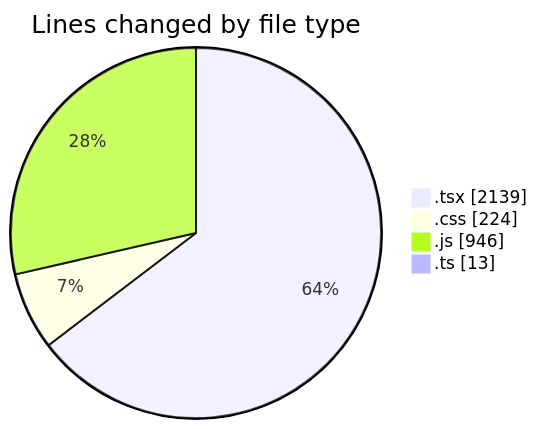
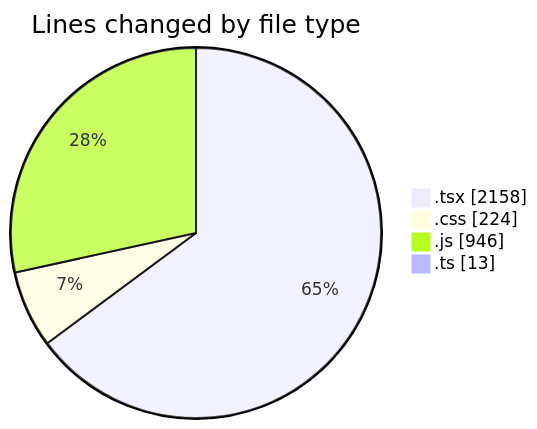
Before and after one commit to Elitesun/code-tracking: the first of 2 diagrams in 2025-04-22/indesign/README.md, drawn with Mermaid. The commit also changed other lines of this file and 1 other file, not shown here.

````diff
--- a/2025-04-22/indesign/README.md
+++ b/2025-04-22/indesign/README.md
@@ -36,8 +36,8 @@
 ```mermaid
 pie showData
 title Lines changed by file type
-".tsx" : 2139
+".tsx" : 2158
 ".css" : 224
 ".js" : 946
 ".ts" : 13
 ```
````
